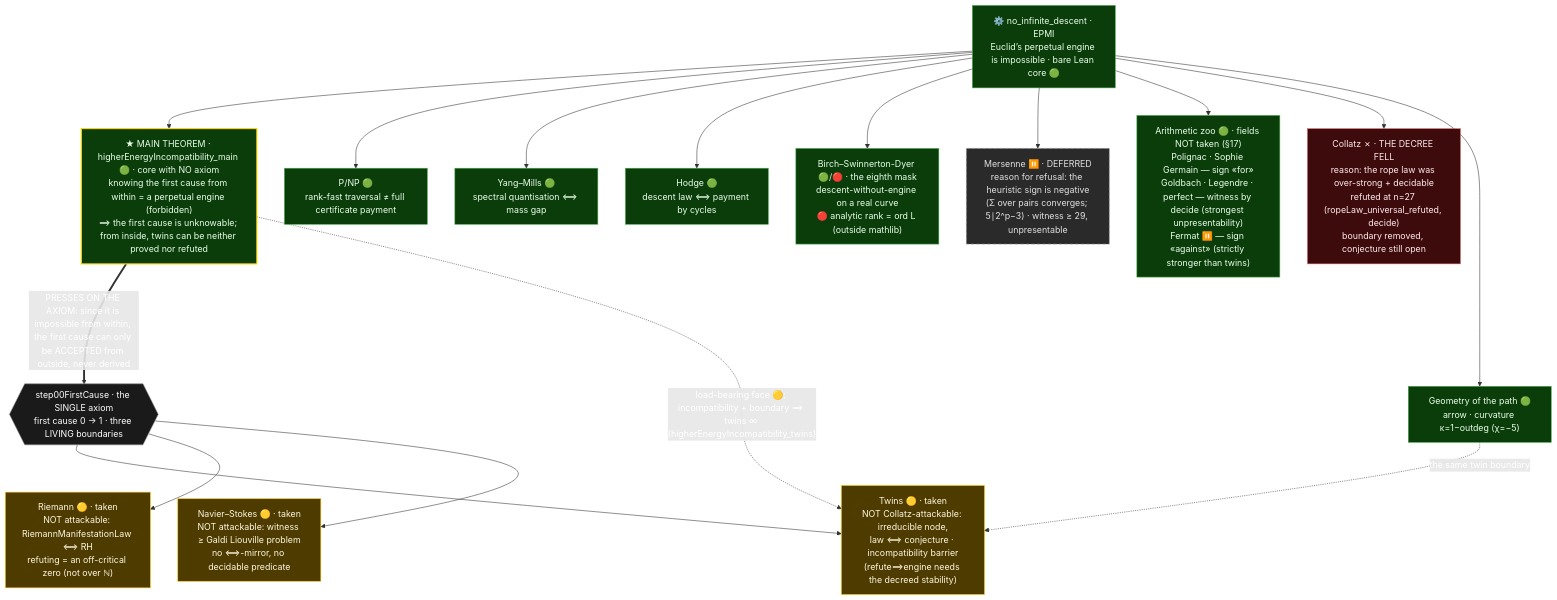
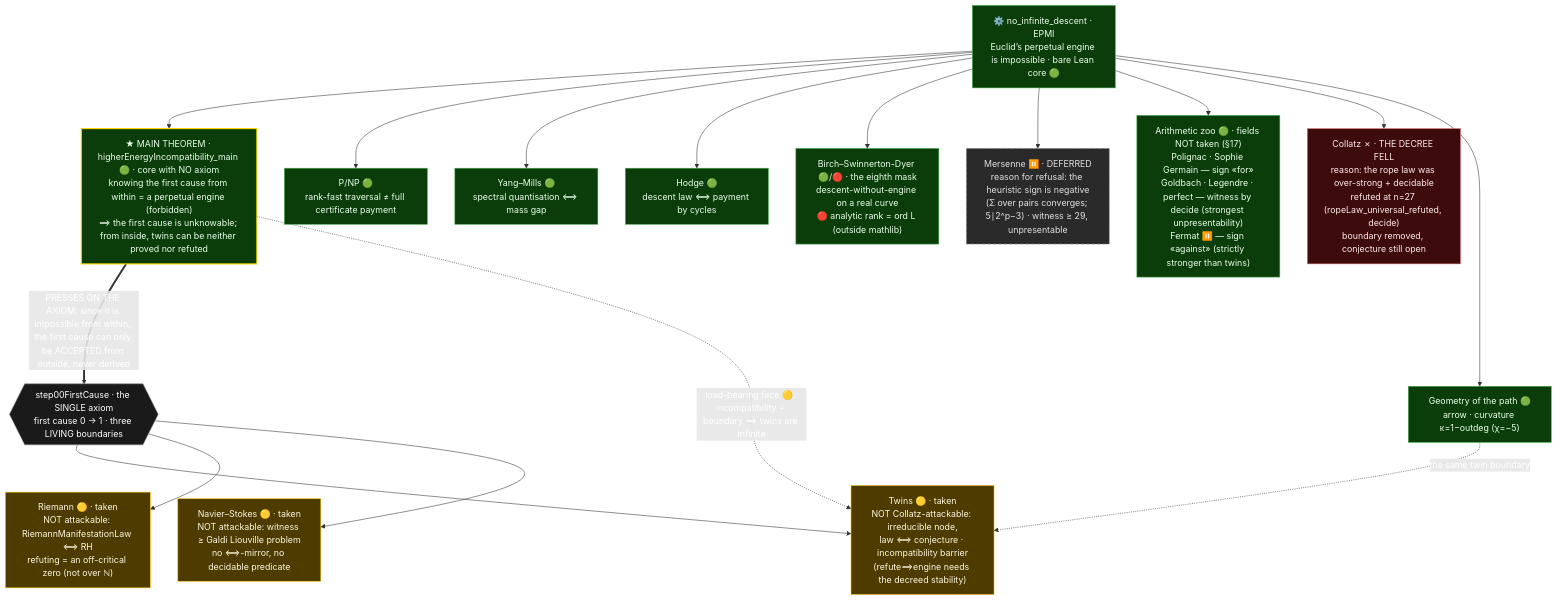
The diagram in README.md (elamaunt/Euclids-path), drawn with Mermaid before and after one commit. The commit also changed 10 other files, not shown here.

Commit message:
Add the navigator-map graph everywhere: live mermaid in Overview (site), rendered sideways figure in the paper §1 (rebuilt 59pp/56pp), shorter load-bearing edge label

````diff
--- a/README.md
+++ b/README.md
@@ -79,38 +79,38 @@
 ```mermaid
 flowchart TD
     ROOT["⚙️ no_infinite_descent · EPMI<br/>Euclid’s perpetual engine is impossible · bare Lean core 🟢"]
 
     ROOT --> MT["★ MAIN THEOREM · higherEnergyIncompatibility_main 🟢 · core with NO axiom<br/>knowing the first cause from within = a perpetual engine (forbidden)<br/>⟹ the first cause is unknowable; from inside, twins can be neither proved nor refuted"]
     MT ==>|"PRESSES ON THE AXIOM: since it is impossible from within, the first cause can only be ACCEPTED from outside, never derived"| FC{{"step00FirstCause · the SINGLE axiom<br/>first cause 0 → 1 · three LIVING boundaries"}}
 
     FC --> TP["Twins 🟡 · taken<br/>NOT Collatz-attackable: irreducible node,<br/>law ⟺ conjecture · incompatibility barrier<br/>(refute⟹engine needs the decreed stability)"]
     FC --> RH["Riemann 🟡 · taken<br/>NOT attackable: RiemannManifestationLaw ⟺ RH<br/>refuting = an off-critical zero (not over ℕ)"]
     FC --> NS["Navier–Stokes 🟡 · taken<br/>NOT attackable: witness ≥ Galdi Liouville problem<br/>no ⟺-mirror, no decidable predicate"]
-    MT -.->|"load-bearing face 🟡: incompatibility + boundary ⟹ twins ∞ (higherEnergyIncompatibility_twins)"| TP
+    MT -.->|"load-bearing face 🟡: incompatibility + boundary ⟹ twins are infinite"| TP
 
     ROOT --> PNP["P/NP 🟢<br/>rank-fast traversal ≠ full certificate payment"]
     ROOT --> YM["Yang–Mills 🟢<br/>spectral quantisation ⟺ mass gap"]
     ROOT --> HC["Hodge 🟢<br/>descent law ⟺ payment by cycles"]
     ROOT --> BSD["Birch–Swinnerton-Dyer 🟢/🔴 · the eighth mask<br/>descent-without-engine on a real curve<br/>🔴 analytic rank = ord L (outside mathlib)"]
 
     ROOT --> MP["Mersenne ⏸️ · DEFERRED<br/>reason for refusal: the heuristic sign is negative<br/>(Σ over pairs converges; 5∣2^p−3) · witness ≥ 29, unpresentable"]
     ROOT --> ZOO["Arithmetic zoo 🟢 · fields NOT taken (§17)<br/>Polignac · Sophie Germain — sign «for»<br/>Goldbach · Legendre · perfect — witness by decide (strongest unpresentability)<br/>Fermat ⏸️ — sign «against» (strictly stronger than twins)"]
 
     ROOT --> CL["Collatz ✗ · THE DECREE FELL<br/>reason: the rope law was over-strong + decidable<br/>refuted at n=27 (ropeLaw_universal_refuted, decide)<br/>boundary removed, conjecture still open"]
 
     ROOT --> GEO["Geometry of the path 🟢<br/>arrow · curvature κ=1−outdeg (χ=−5)"]
     GEO -. the same twin boundary .-> TP
 
     classDef green fill:#0b3d0b,stroke:#4caf50,color:#eaffea;
     classDef apex fill:#0b3d0b,stroke:#ffd700,stroke-width:2px,color:#eaffea;
     classDef yellow fill:#4d3b00,stroke:#ffc107,color:#fff8e1;
     classDef deferred fill:#2a2a2a,stroke:#9e9e9e,color:#e0e0e0,stroke-dasharray: 6 4;
     classDef fallen fill:#3d0b0b,stroke:#e57373,color:#ffebee;
     classDef root fill:#1a1a1a,stroke:#888,color:#ffffff;
     class ROOT,PNP,YM,HC,BSD,ZOO,GEO green;
     class MT apex;
     class TP,RH,NS yellow;
     class MP deferred;
     class CL fallen;
     class FC root;
 ```
````
